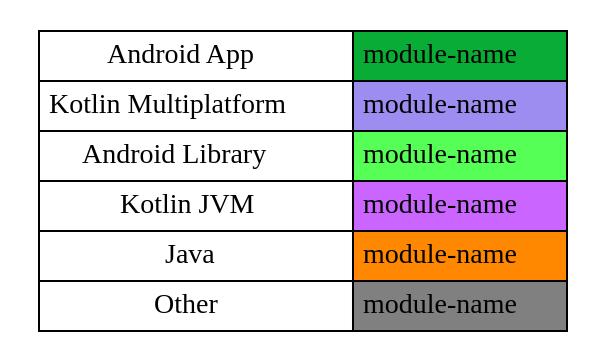
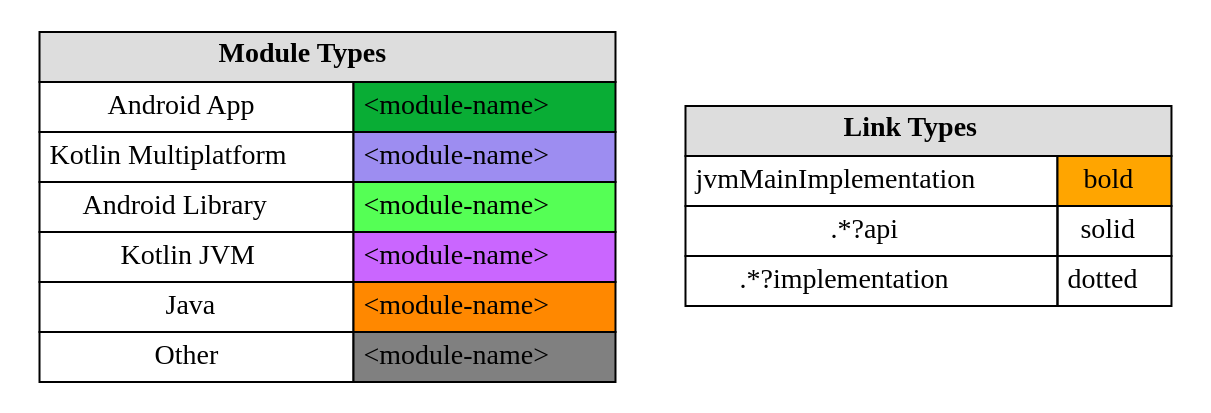
One commit to jonapoul/atlas changed the diagram in sample/legend/legend.dot. Above: the diagram before and after it, drawn with Graphviz. The commit also changed 10 other files, not shown here.

Commit message:
Include link types in legend (#107)

```diff
--- a/sample/legend/legend.dot
+++ b/sample/legend/legend.dot
@@ -1,13 +1,22 @@
 digraph {
   node [shape=plaintext]
-  table1 [label=<
+  modules [label=<
   <TABLE BORDER="0" CELLBORDER="1" CELLSPACING="0" CELLPADDING="4">
-  <TR><TD>Android App</TD><TD BGCOLOR="#09AD35">module-name</TD></TR>
-  <TR><TD>Kotlin Multiplatform</TD><TD BGCOLOR="#9D8DF1">module-name</TD></TR>
-  <TR><TD>Android Library</TD><TD BGCOLOR="#55FF55">module-name</TD></TR>
-  <TR><TD>Kotlin JVM</TD><TD BGCOLOR="#CA66FF">module-name</TD></TR>
-  <TR><TD>Java</TD><TD BGCOLOR="#FF8800">module-name</TD></TR>
-  <TR><TD>Other</TD><TD BGCOLOR="#808080">module-name</TD></TR>
+    <TR><TD COLSPAN="2" BGCOLOR="#DDDDDD"><B>Module Types</B></TD></TR>
+    <TR><TD>Android App</TD><TD BGCOLOR="#09AD35">&lt;module-name&gt;</TD></TR>
+    <TR><TD>Kotlin Multiplatform</TD><TD BGCOLOR="#9D8DF1">&lt;module-name&gt;</TD></TR>
+    <TR><TD>Android Library</TD><TD BGCOLOR="#55FF55">&lt;module-name&gt;</TD></TR>
+    <TR><TD>Kotlin JVM</TD><TD BGCOLOR="#CA66FF">&lt;module-name&gt;</TD></TR>
+    <TR><TD>Java</TD><TD BGCOLOR="#FF8800">&lt;module-name&gt;</TD></TR>
+    <TR><TD>Other</TD><TD BGCOLOR="#808080">&lt;module-name&gt;</TD></TR>
+  </TABLE>
+  >];
+  links [label=<
+  <TABLE BORDER="0" CELLBORDER="1" CELLSPACING="0" CELLPADDING="4">
+    <TR><TD COLSPAN="2" BGCOLOR="#DDDDDD"><B>Link Types</B></TD></TR>
+    <TR><TD>jvmMainImplementation</TD><TD BGCOLOR="orange">bold</TD></TR>
+    <TR><TD>.*?api</TD><TD>solid</TD></TR>
+    <TR><TD>.*?implementation</TD><TD>dotted</TD></TR>
   </TABLE>
   >];
 }
```
